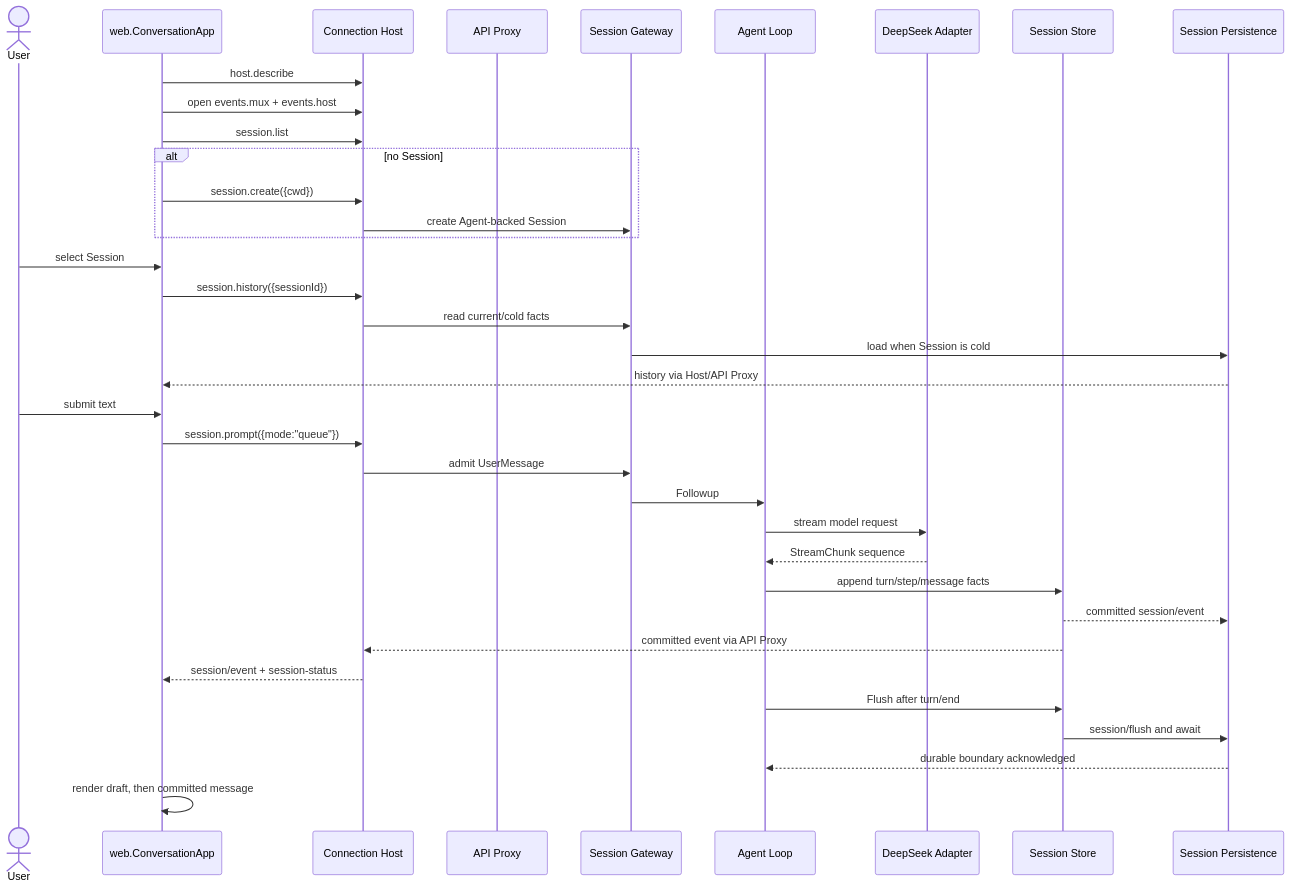
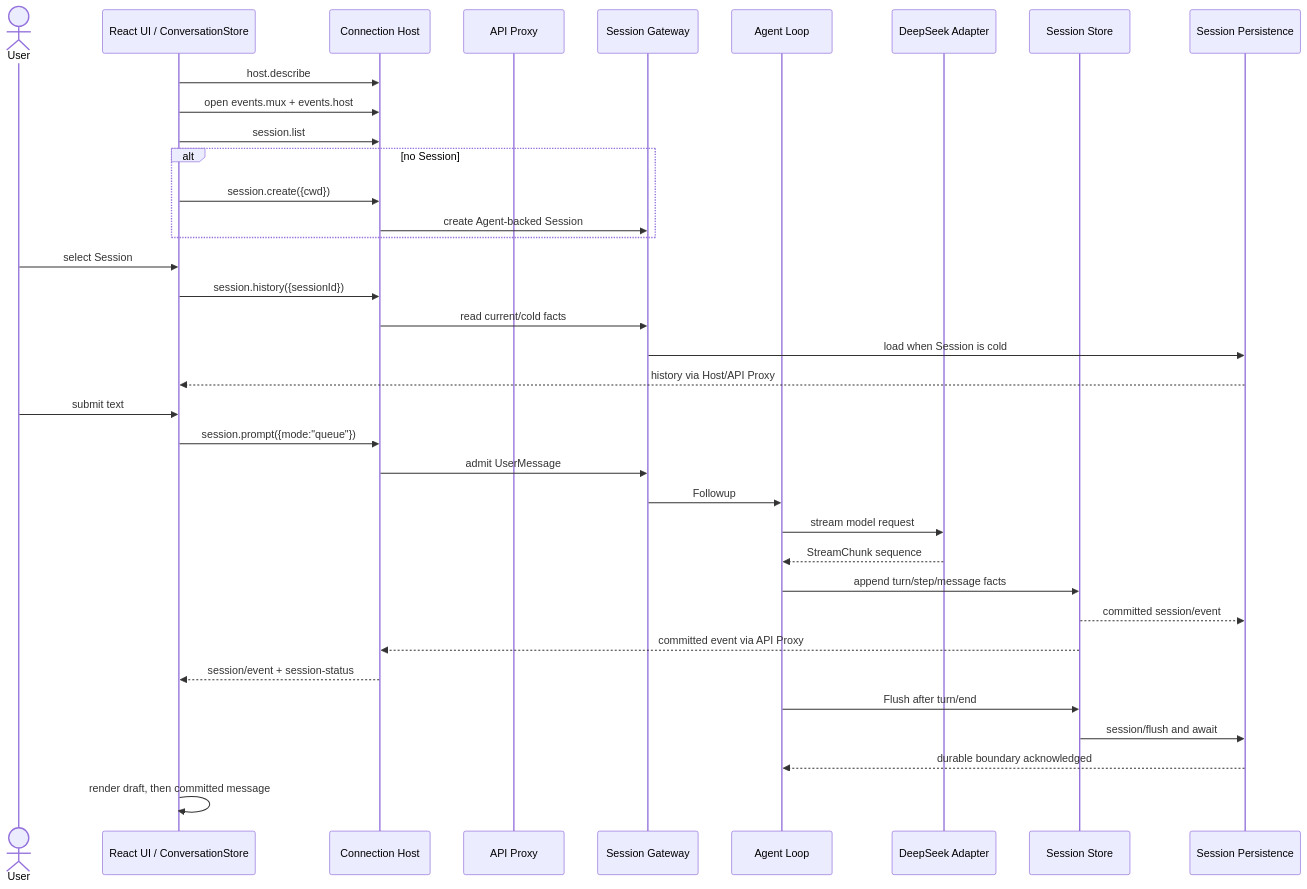
The diagram in zh-CN/21-web-agent-main-flow.md (gorenx/goren), drawn with Mermaid before and after one commit. The commit also changed other lines of this file and 4 other files, not shown here.

Commit message:
docs: describe React web workbench

````diff
--- a/zh-CN/21-web-agent-main-flow.md
+++ b/zh-CN/21-web-agent-main-flow.md
@@ -59,39 +59,39 @@
 ```mermaid
 sequenceDiagram
     actor U as User
-    participant W as web.ConversationApp
+    participant W as React UI / ConversationStore
     participant H as Connection Host
     participant A as API Proxy
     participant S as Session Gateway
     participant G as Agent Loop
     participant D as DeepSeek Adapter
     participant C as Session Store
     participant P as Session Persistence
 
     W->>H: host.describe
     W->>H: open events.mux + events.host
     W->>H: session.list
     alt no Session
         W->>H: session.create({cwd})
         H->>S: create Agent-backed Session
     end
     U->>W: select Session
     W->>H: session.history({sessionId})
     H->>S: read current/cold facts
     S->>P: load when Session is cold
     P-->>W: history via Host/API Proxy
     U->>W: submit text
     W->>H: session.prompt({mode:"queue"})
     H->>S: admit UserMessage
     S->>G: Followup
     G->>D: stream model request
     D-->>G: StreamChunk sequence
     G->>C: append turn/step/message facts
     C-->>P: committed session/event
     C-->>H: committed event via API Proxy
     H-->>W: session/event + session-status
     G->>C: Flush after turn/end
     C->>P: session/flush and await
     P-->>G: durable boundary acknowledged
     W->>W: render draft, then committed message
 ```
````
